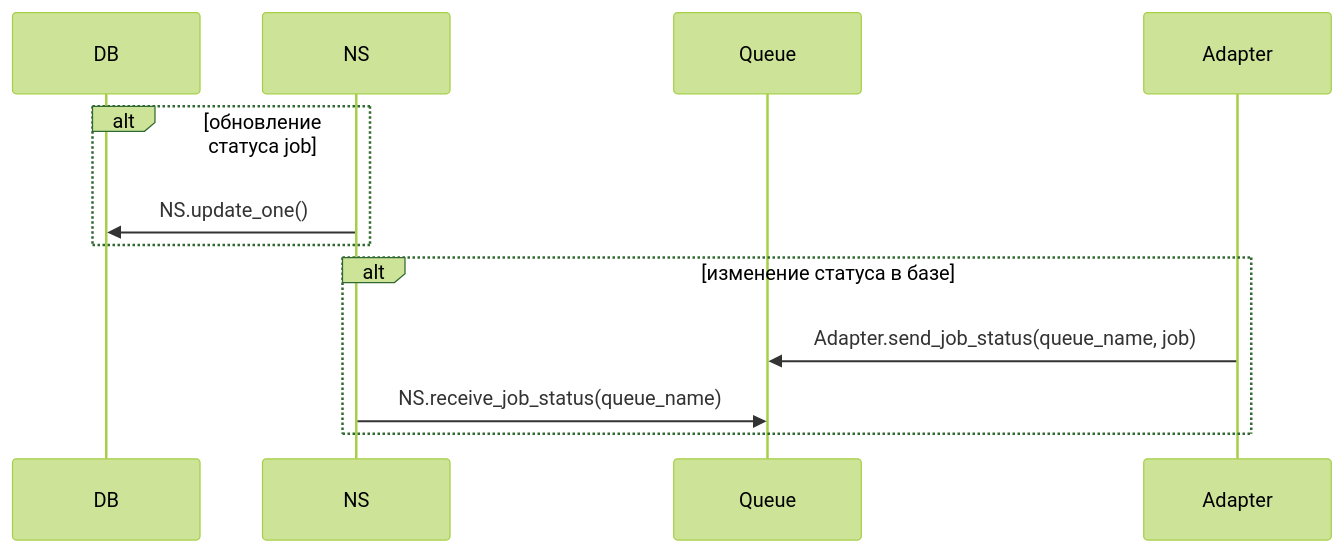
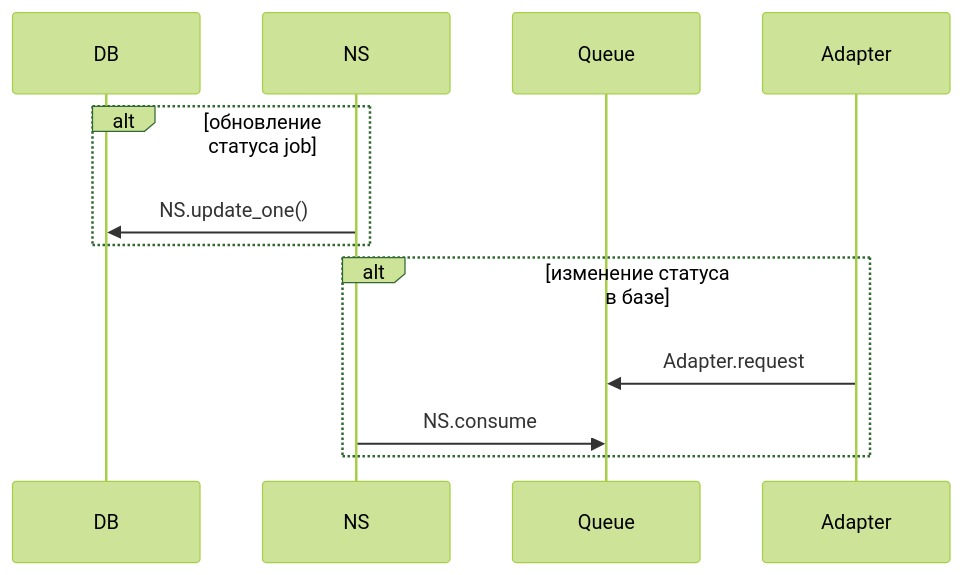
Before and after one commit to Timo4ey/ns: the fourth of 4 diagrams in ns-sequence-diagram-rmq.md, drawn with Mermaid (forest theme). The commit also changed other lines of this file, not shown here.

Commit message:
[fix] fix method for sending and getting jobs from queue

````diff
--- a/ns-sequence-diagram-rmq.md
+++ b/ns-sequence-diagram-rmq.md
@@ -94,17 +94,17 @@
 ```mermaid
 
 sequenceDiagram
     participant DB
     participant NS
     participant Queue
     participant Adapter
 
 
     alt обновление статуса job
         NS ->> DB: NS.update_one()
     end
     alt изменение статуса в базе
-        Adapter ->> Queue:Adapter.send_job_status(queue_name, job)
-        NS ->> Queue: NS.receive_job_status(queue_name)
+        Adapter ->> Queue:Adapter.request
+        NS ->> Queue: NS.consume
     end
 ```
````
